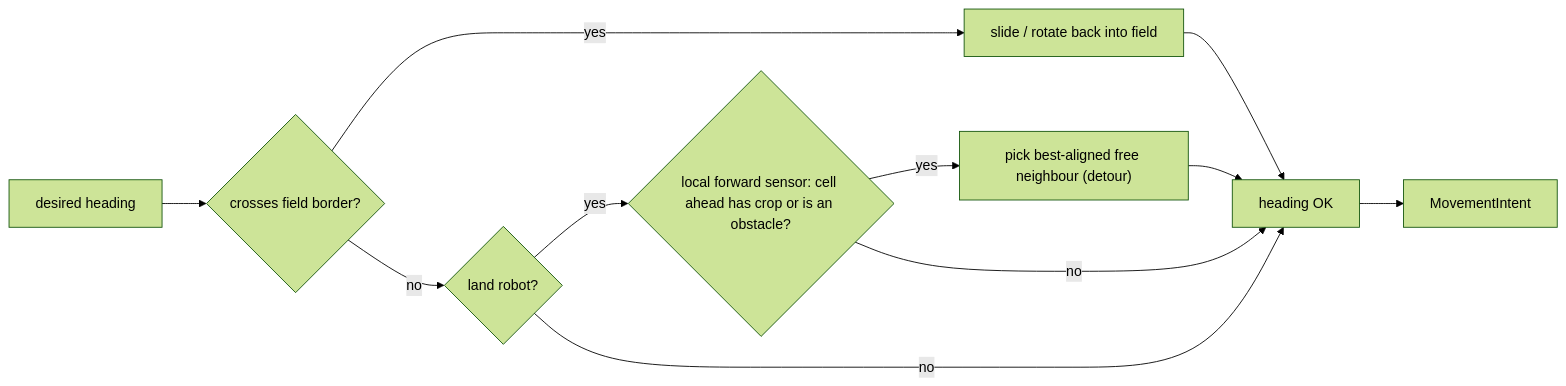
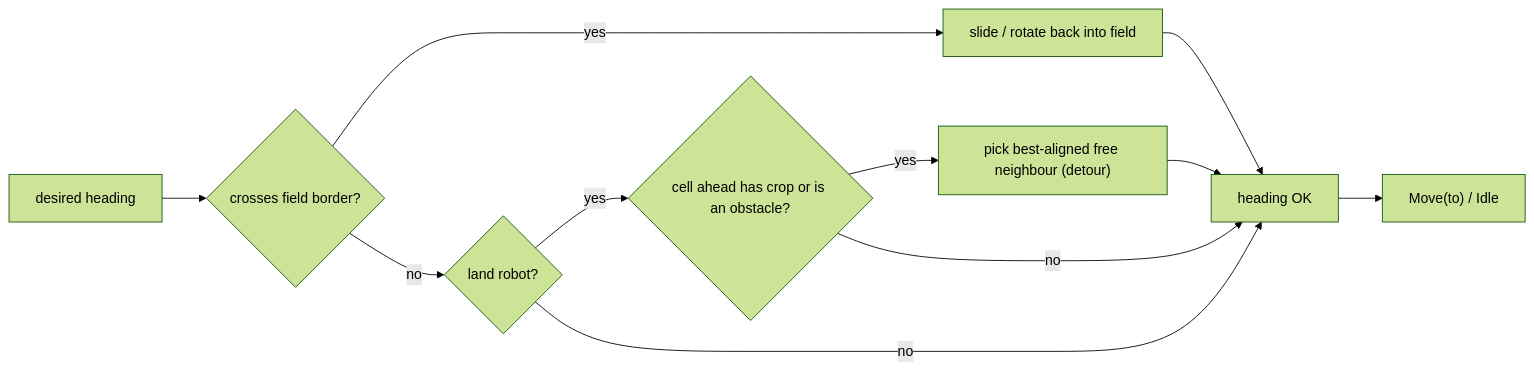
The second of 5 diagrams in docs/navigation-module.md (TychoGrapendaal/JIP_Swarm_Field), drawn with Mermaid (forest theme) before and after one commit. The commit also changed other lines of this file and 5 other files, not shown here.

````diff
--- a/docs/navigation-module.md
+++ b/docs/navigation-module.md
@@ -118,13 +108,13 @@
 ```mermaid
 flowchart LR
     H["desired heading"] --> B{"crosses field border?"}
     B -- "yes" --> TB["slide / rotate back into field"]
     B -- "no" --> C{"land robot?"}
-    C -- "yes" --> O{"local forward sensor: cell ahead has crop or is an obstacle?"}
+    C -- "yes" --> O{"cell ahead has crop or is an obstacle?"}
     O -- "yes" --> D["pick best-aligned free neighbour (detour)"]
     O -- "no" --> OK["heading OK"]
     C -- "no" --> OK
     TB --> OK
     D --> OK
-    OK --> INT["MovementIntent"]
+    OK --> INT["Move(to) / Idle"]
 ```
````
